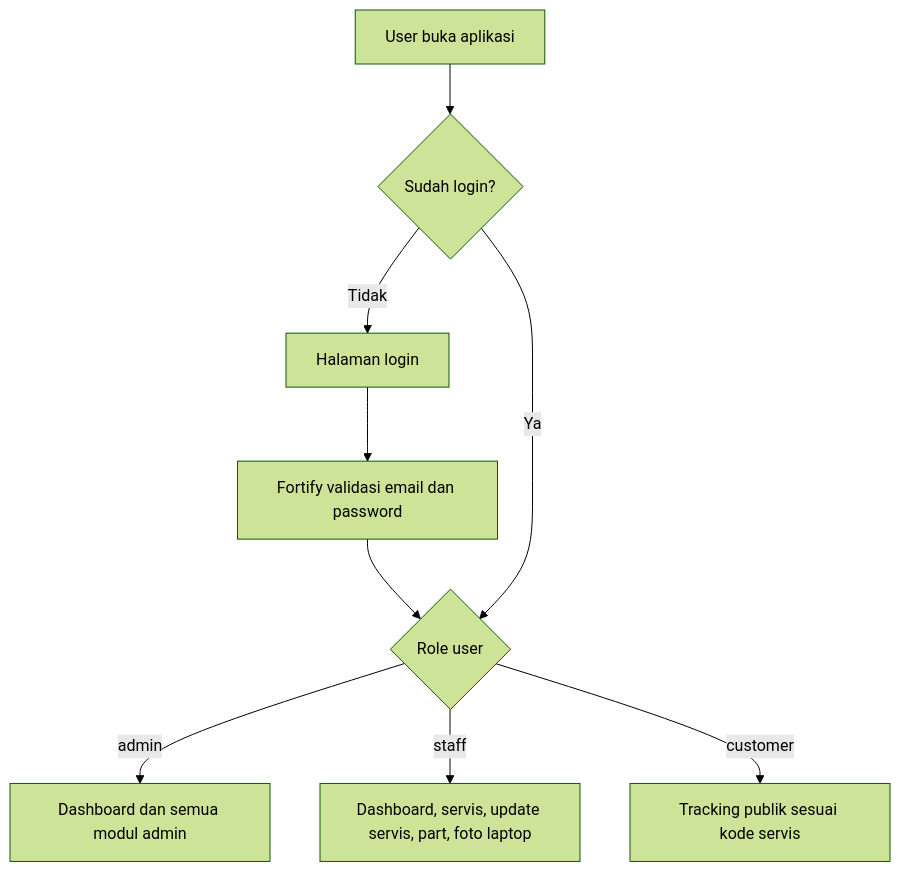
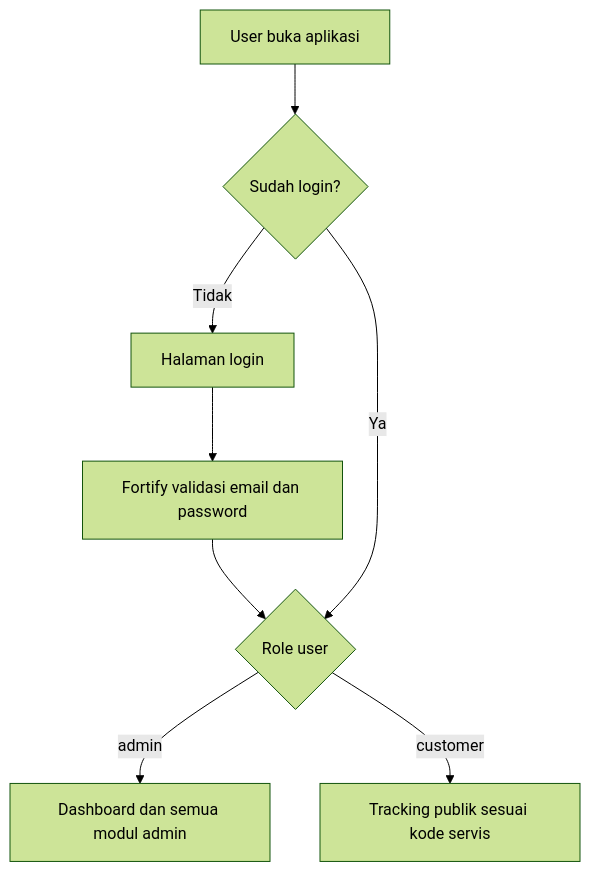
One commit to radacore/pabalu-laptop-bullah changed the first of 7 diagrams in README.md. Above: the diagram before and after it, drawn with Mermaid (forest theme). The commit also changed other lines of this file and 23 other files, not shown here.

````diff
--- a/README.md
+++ b/README.md
@@ -126,11 +126,10 @@
 ```mermaid
 flowchart TD
     A[User buka aplikasi] --> B{Sudah login?}
     B -- Tidak --> C[Halaman login]
     C --> D[Fortify validasi email dan password]
     D --> E{Role user}
     B -- Ya --> E
     E -- admin --> F[Dashboard dan semua modul admin]
-    E -- staff --> G[Dashboard, servis, update servis, part, foto laptop]
     E -- customer --> H[Tracking publik sesuai kode servis]
 ```
````
